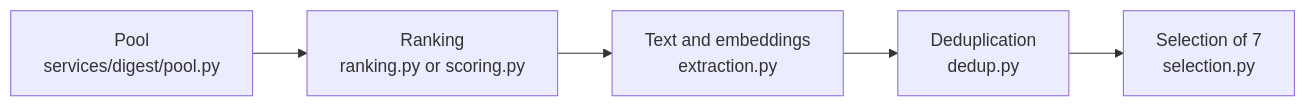
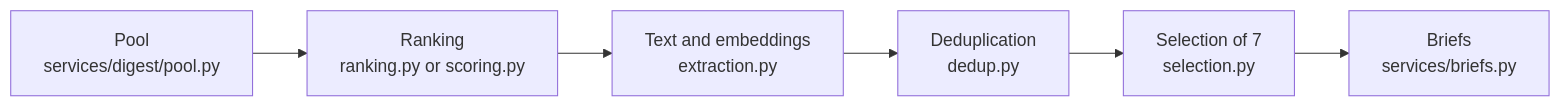
The fourth of 4 diagrams in docs/architecture.md (tkabala/brzask), drawn with Mermaid before and after one commit. The commit also changed other lines of this file and 16 other files, not shown here.

````diff
--- a/docs/architecture.md
+++ b/docs/architecture.md
@@ -95,7 +95,8 @@
 ```mermaid
 flowchart LR
     pool["Pool<br/>services/digest/pool.py"] --> ranking["Ranking<br/>ranking.py or scoring.py"]
     ranking --> extraction["Text and embeddings<br/>extraction.py"]
     extraction --> dedup["Deduplication<br/>dedup.py"]
     dedup --> selection["Selection of 7<br/>selection.py"]
+    selection --> briefs["Briefs<br/>services/briefs.py"]
 ```
````
